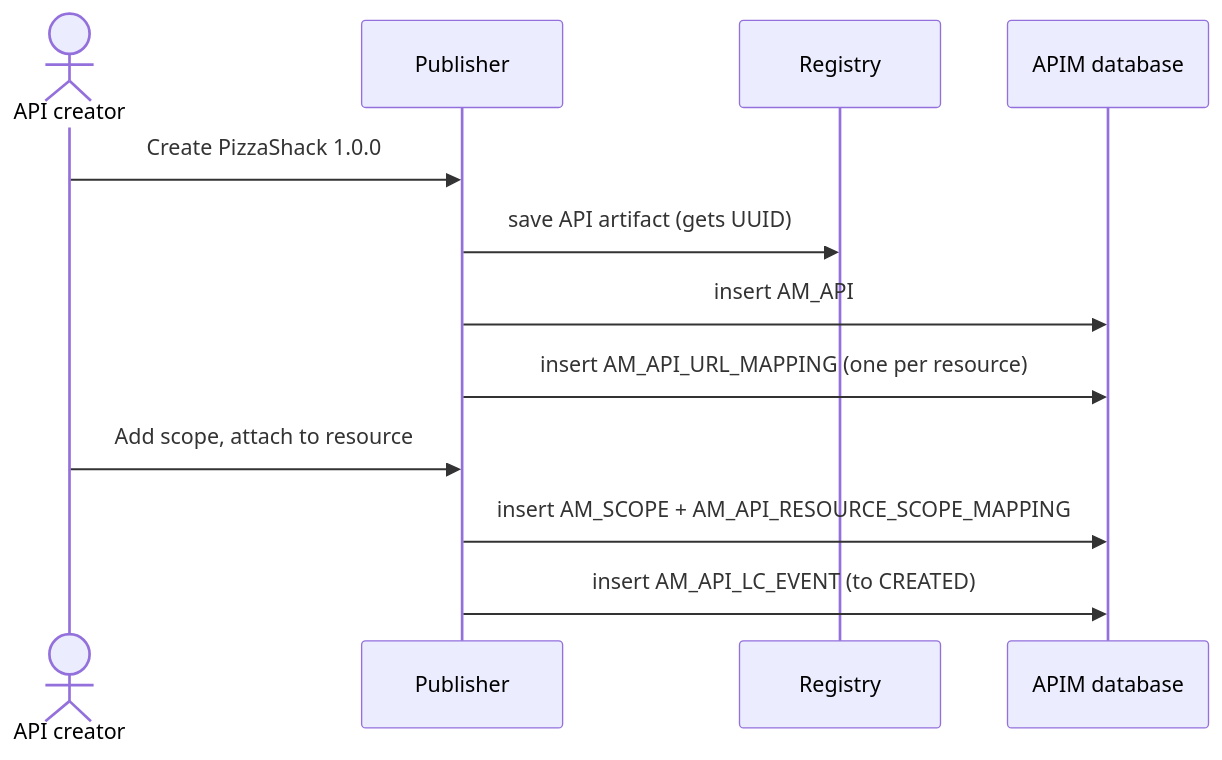
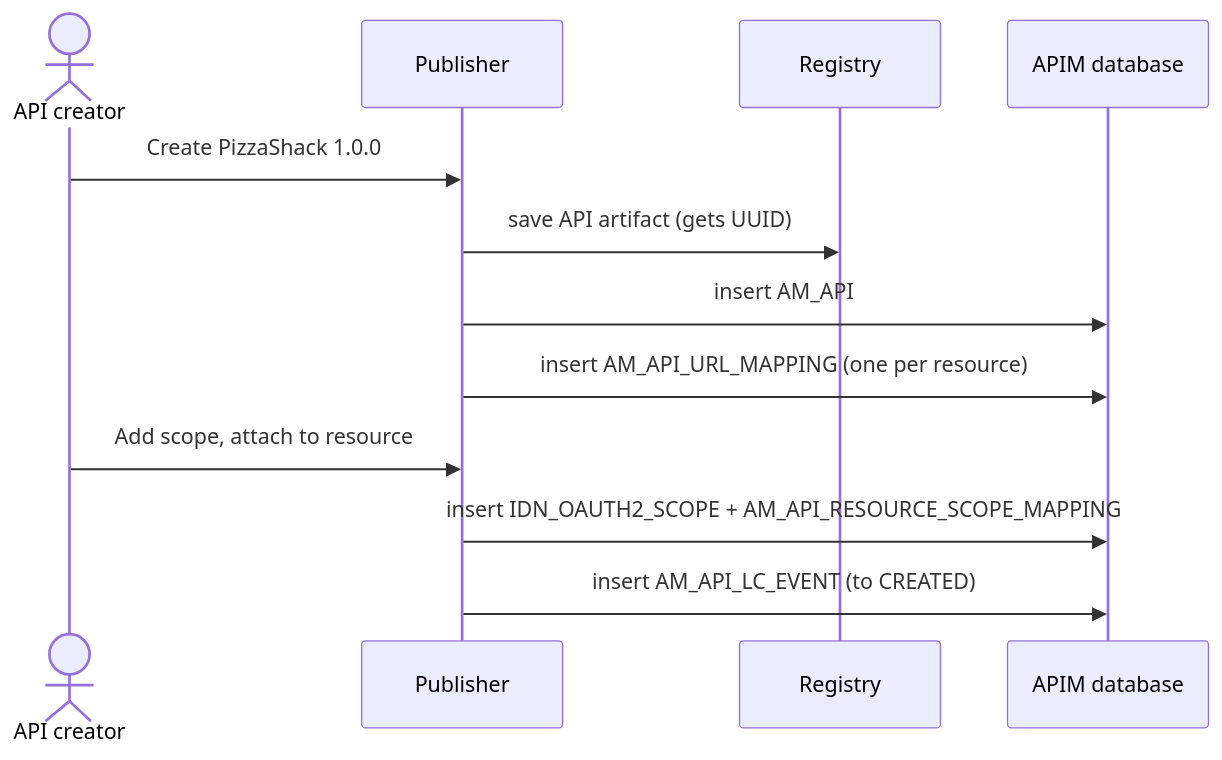
Before and after one commit to SaviNimz/apim-db-docs: the diagram in docs/apim-3/flows/02-create-api.md, drawn with Mermaid. The commit also changed other lines of this file and 55 other files, not shown here.

First line of the commit message:
Verify all core flows against running 3.2.0 and 4.7.0 servers

````diff
--- a/docs/apim-3/flows/02-create-api.md
+++ b/docs/apim-3/flows/02-create-api.md
@@ -12,14 +19,14 @@
 ```mermaid
 sequenceDiagram
     actor Creator as API creator
     participant Pub as Publisher
     participant Reg as Registry
     participant DB as APIM database
     Creator->>Pub: Create PizzaShack 1.0.0
     Pub->>Reg: save API artifact (gets UUID)
     Pub->>DB: insert AM_API
     Pub->>DB: insert AM_API_URL_MAPPING (one per resource)
     Creator->>Pub: Add scope, attach to resource
-    Pub->>DB: insert AM_SCOPE + AM_API_RESOURCE_SCOPE_MAPPING
+    Pub->>DB: insert IDN_OAUTH2_SCOPE + AM_API_RESOURCE_SCOPE_MAPPING
     Pub->>DB: insert AM_API_LC_EVENT (to CREATED)
 ```
````
